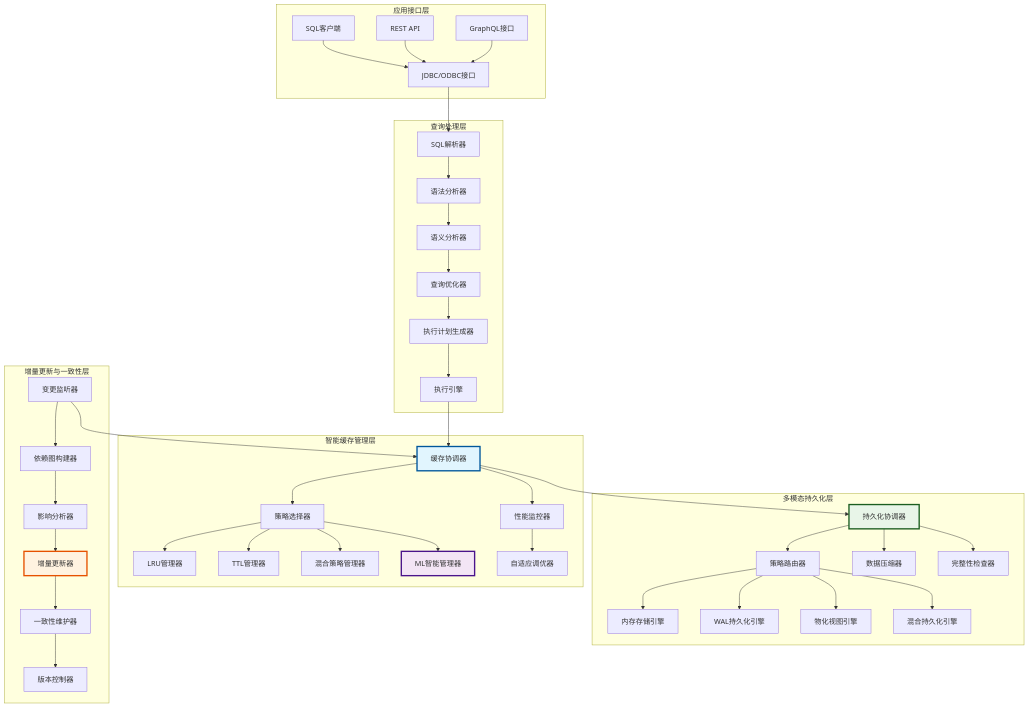
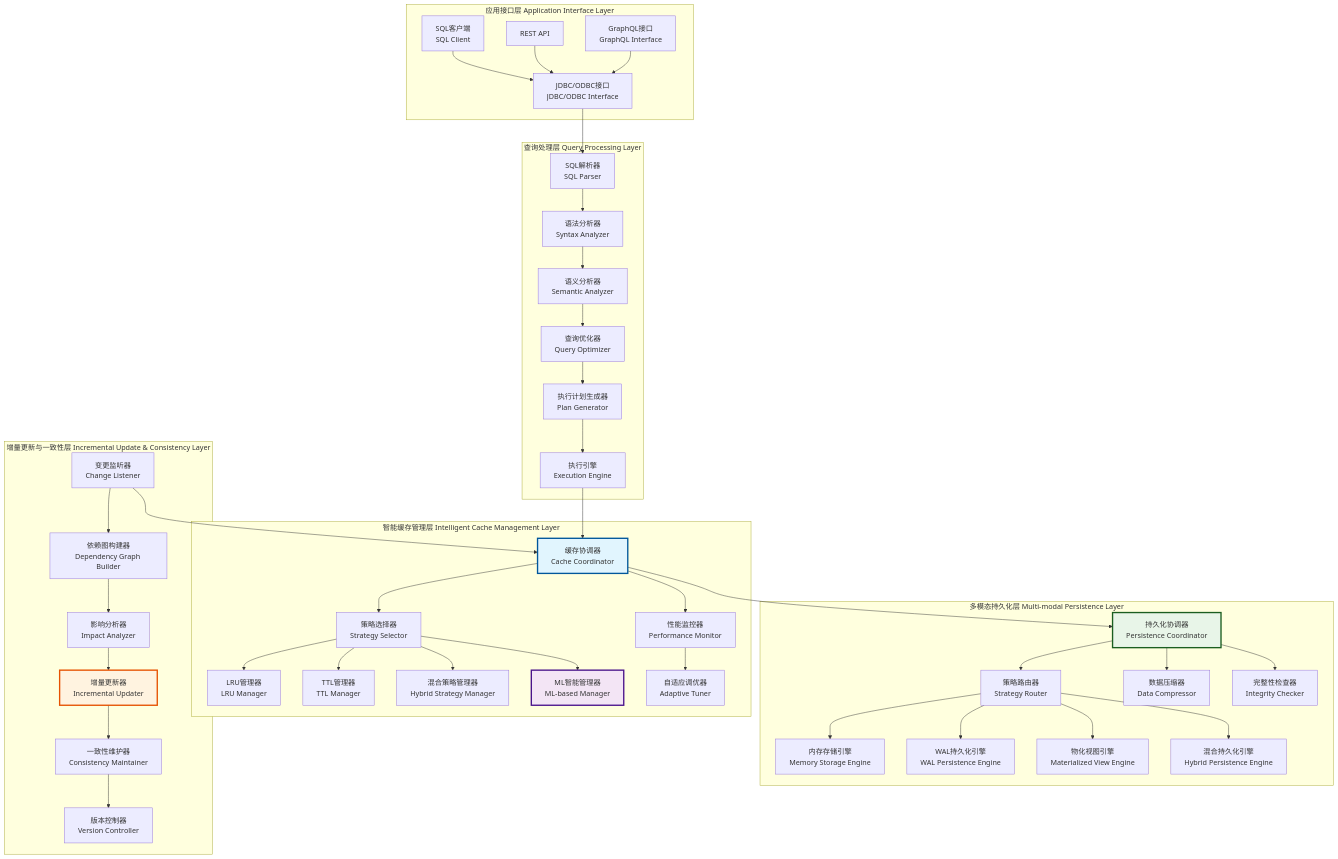
The third of 5 diagrams in md/第四章-动态缓存更新技术与持久化技术.md (crazypenguincode/duckdb), drawn with Mermaid before and after one commit. The commit also changed other lines of this file and 361 other files, not shown here.

````diff
--- a/md/第四章-动态缓存更新技术与持久化技术.md
+++ b/md/第四章-动态缓存更新技术与持久化技术.md
@@ -112,54 +143,54 @@
 ```mermaid
 graph TB
-    subgraph "应用接口层"
-        A1[SQL客户端] --> A2[JDBC/ODBC接口]
+    subgraph "应用接口层 Application Interface Layer"
+        A1[SQL客户端<br/>SQL Client] --> A2[JDBC/ODBC接口<br/>JDBC/ODBC Interface]
         A3[REST API] --> A2
-        A4[GraphQL接口] --> A2
+        A4[GraphQL接口<br/>GraphQL Interface] --> A2
     end
     
-    subgraph "查询处理层"
-        B1[SQL解析器] --> B2[语法分析器]
-        B2 --> B3[语义分析器]
-        B3 --> B4[查询优化器]
-        B4 --> B5[执行计划生成器]
-        B5 --> B6[执行引擎]
+    subgraph "查询处理层 Query Processing Layer"
+        B1[SQL解析器<br/>SQL Parser] --> B2[语法分析器<br/>Syntax Analyzer]
+        B2 --> B3[语义分析器<br/>Semantic Analyzer]
+        B3 --> B4[查询优化器<br/>Query Optimizer]
+        B4 --> B5[执行计划生成器<br/>Plan Generator]
+        B5 --> B6[执行引擎<br/>Execution Engine]
     end
     
-    subgraph "智能缓存管理层"
-        C1[缓存协调器] --> C2[策略选择器]
-        C2 --> C3[LRU管理器]
-        C2 --> C4[TTL管理器]
-        C2 --> C5[混合策略管理器]
-        C2 --> C6[ML智能管理器]
-        C1 --> C7[性能监控器]
-        C7 --> C8[自适应调优器]
+    subgraph "智能缓存管理层 Intelligent Cache Management Layer"
+        C1[缓存协调器<br/>Cache Coordinator] --> C2[策略选择器<br/>Strategy Selector]
+        C2 --> C3[LRU管理器<br/>LRU Manager]
+        C2 --> C4[TTL管理器<br/>TTL Manager]
+        C2 --> C5[混合策略管理器<br/>Hybrid Strategy Manager]
+        C2 --> C6[ML智能管理器<br/>ML-based Manager]
+        C1 --> C7[性能监控器<br/>Performance Monitor]
+        C7 --> C8[自适应调优器<br/>Adaptive Tuner]
     end
     
-    subgraph "多模态持久化层"
-        D1[持久化协调器] --> D2[策略路由器]
-        D2 --> D3[内存存储引擎]
-        D2 --> D4[WAL持久化引擎]
-        D2 --> D5[物化视图引擎]
-        D2 --> D6[混合持久化引擎]
-        D1 --> D7[数据压缩器]
-        D1 --> D8[完整性检查器]
+    subgraph "多模态持久化层 Multi-modal Persistence Layer"
+        D1[持久化协调器<br/>Persistence Coordinator] --> D2[策略路由器<br/>Strategy Router]
+        D2 --> D3[内存存储引擎<br/>Memory Storage Engine]
+        D2 --> D4[WAL持久化引擎<br/>WAL Persistence Engine]
+        D2 --> D5[物化视图引擎<br/>Materialized View Engine]
+        D2 --> D6[混合持久化引擎<br/>Hybrid Persistence Engine]
+        D1 --> D7[数据压缩器<br/>Data Compressor]
+        D1 --> D8[完整性检查器<br/>Integrity Checker]
     end
     
-    subgraph "增量更新与一致性层"
-        E1[变更监听器] --> E2[依赖图构建器]
-        E2 --> E3[影响分析器]
-        E3 --> E4[增量更新器]
-        E4 --> E5[一致性维护器]
-        E5 --> E6[版本控制器]
+    subgraph "增量更新与一致性层 Incremental Update & Consistency Layer"
+        E1[变更监听器<br/>Change Listener] --> E2[依赖图构建器<br/>Dependency Graph Builder]
+        E2 --> E3[影响分析器<br/>Impact Analyzer]
+        E3 --> E4[增量更新器<br/>Incremental Updater]
+        E4 --> E5[一致性维护器<br/>Consistency Maintainer]
+        E5 --> E6[版本控制器<br/>Version Controller]
     end
     
     A2 --> B1
     B6 --> C1
     C1 --> D1
     E1 --> C1
     
     style C1 fill:#e1f5fe,stroke:#01579b,stroke-width:3px
     style C6 fill:#f3e5f5,stroke:#4a148c,stroke-width:3px
     style D1 fill:#e8f5e8,stroke:#1b5e20,stroke-width:3px
     style E4 fill:#fff3e0,stroke:#e65100,stroke-width:3px
 ```
````
